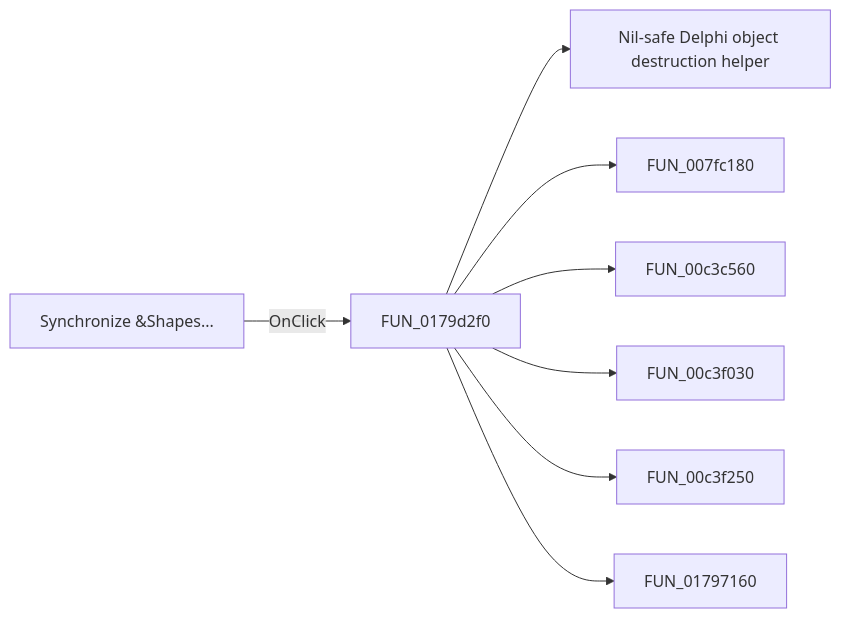
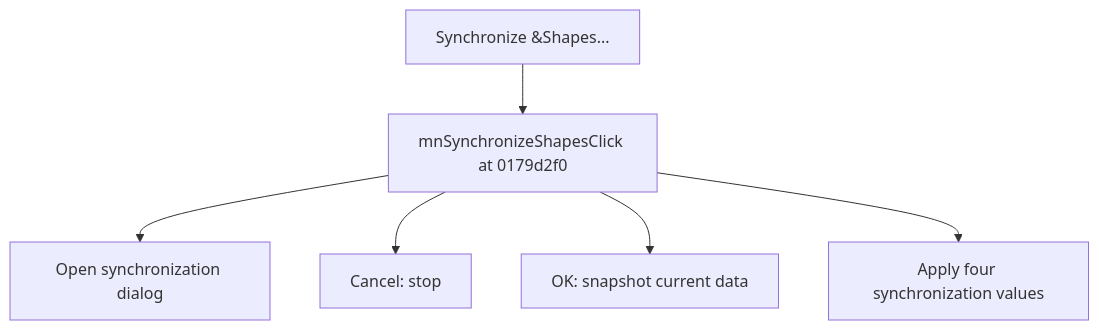
One commit to MovGP0/TIARA changed the diagram in docs/ui-controls/shapeedit/mnsynchronizeshapes-220d271e4d.md. Above: the diagram before and after it, drawn with Mermaid. The commit also changed other lines of this file and 1062 other files, not shown here.

````diff
--- a/docs/ui-controls/shapeedit/mnsynchronizeshapes-220d271e4d.md
+++ b/docs/ui-controls/shapeedit/mnsynchronizeshapes-220d271e4d.md
@@ -27,10 +25,8 @@
 ```mermaid
-flowchart LR
-    control["Synchronize &Shapes..."] -->|OnClick| handler["FUN_0179d2f0"]
-    handler --> call1["Nil-safe Delphi object destruction helper"]
-    handler --> call2["FUN_007fc180"]
-    handler --> call3["FUN_00c3c560"]
-    handler --> call4["FUN_00c3f030"]
-    handler --> call5["FUN_00c3f250"]
-    handler --> call6["FUN_01797160"]
+flowchart TD
+    control["Synchronize &Shapes..."] --> handler["mnSynchronizeShapesClick at 0179d2f0"]
+    handler --> step1["Open synchronization dialog"]
+    handler --> step2["Cancel: stop"]
+    handler --> step3["OK: snapshot current data"]
+    handler --> step4["Apply four synchronization values"]
 ```
````
